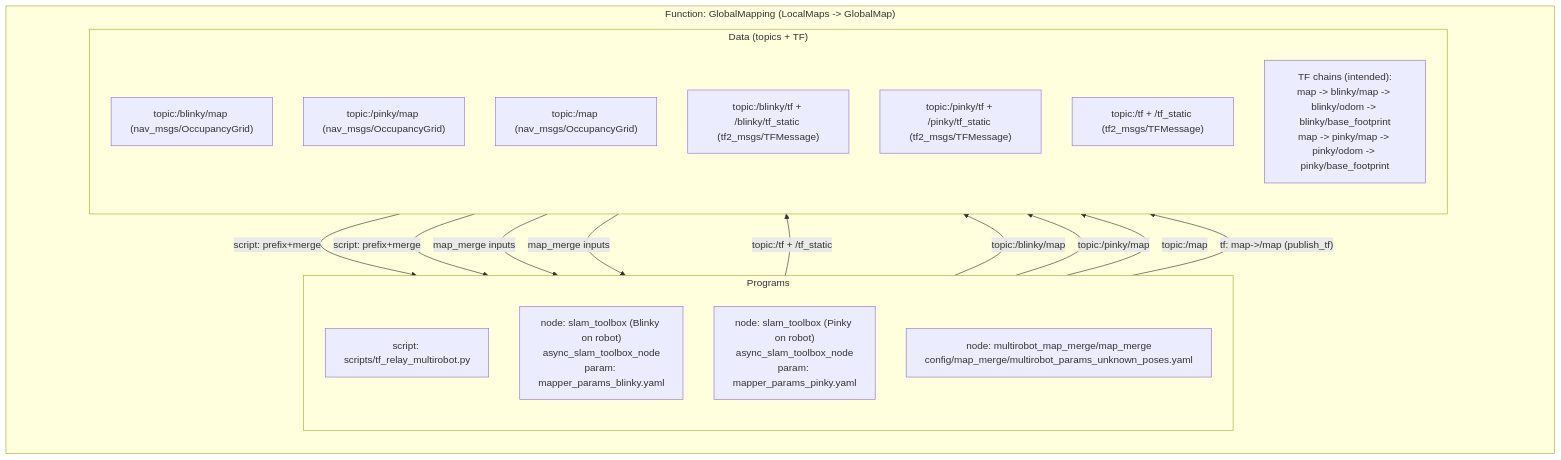
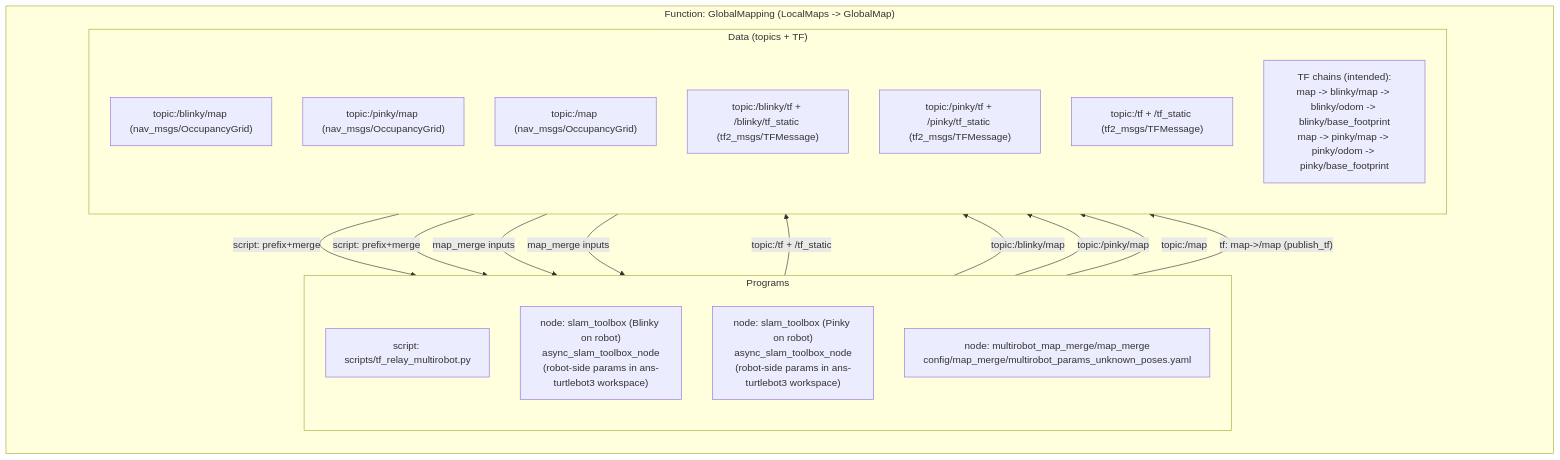
The third of 7 diagrams in docs/architecture.md (SleepyFinale/ans-central-computer), drawn with Mermaid before and after one commit. The commit also changed other lines of this file and 27 other files, not shown here.

First line of the commit message:
Update README.md and scripts for multi-robot SLAM configuration and parameter management

````diff
--- a/docs/architecture.md
+++ b/docs/architecture.md
@@ -89,39 +89,39 @@
 ```mermaid
 flowchart TB
   subgraph Function_GlobalMapping["Function: GlobalMapping (LocalMaps -> GlobalMap)"]
     direction TB
 
     subgraph Programs_GlobalMapping["Programs"]
       direction TB
       tfRelay["script: scripts/tf_relay_multirobot.py"]
-      slamB["node: slam_toolbox (Blinky on robot)\nasync_slam_toolbox_node\nparam: mapper_params_blinky.yaml"]
-      slamP["node: slam_toolbox (Pinky on robot)\nasync_slam_toolbox_node\nparam: mapper_params_pinky.yaml"]
+      slamB["node: slam_toolbox (Blinky on robot)\nasync_slam_toolbox_node\n(robot-side params in ans-turtlebot3 workspace)"]
+      slamP["node: slam_toolbox (Pinky on robot)\nasync_slam_toolbox_node\n(robot-side params in ans-turtlebot3 workspace)"]
       mapMerge["node: multirobot_map_merge/map_merge\nconfig/map_merge/multirobot_params_unknown_poses.yaml"]
     end
 
     subgraph Data_GlobalMapping["Data (topics + TF)"]
       direction TB
       bMap["topic:/blinky/map (nav_msgs/OccupancyGrid)"]
       pMap["topic:/pinky/map (nav_msgs/OccupancyGrid)"]
       gMap["topic:/map (nav_msgs/OccupancyGrid)"]
 
       bTF["topic:/blinky/tf + /blinky/tf_static (tf2_msgs/TFMessage)"]
       pTF["topic:/pinky/tf + /pinky/tf_static (tf2_msgs/TFMessage)"]
       gTF["topic:/tf + /tf_static (tf2_msgs/TFMessage)"]
 
       tfChain["TF chains (intended):\nmap -> blinky/map -> blinky/odom -> blinky/base_footprint\nmap -> pinky/map -> pinky/odom -> pinky/base_footprint"]
     end
 
     bTF -->|"script: prefix+merge"| tfRelay
     pTF -->|"script: prefix+merge"| tfRelay
     tfRelay -->|"topic:/tf + /tf_static"| gTF
 
     slamB -->|"topic:/blinky/map"| bMap
     slamP -->|"topic:/pinky/map"| pMap
 
     bMap -->|"map_merge inputs"| mapMerge
     pMap -->|"map_merge inputs"| mapMerge
     mapMerge -->|"topic:/map"| gMap
     mapMerge -->|"tf: map-><robot>/map (publish_tf)"| tfChain
   end
 ```
````
